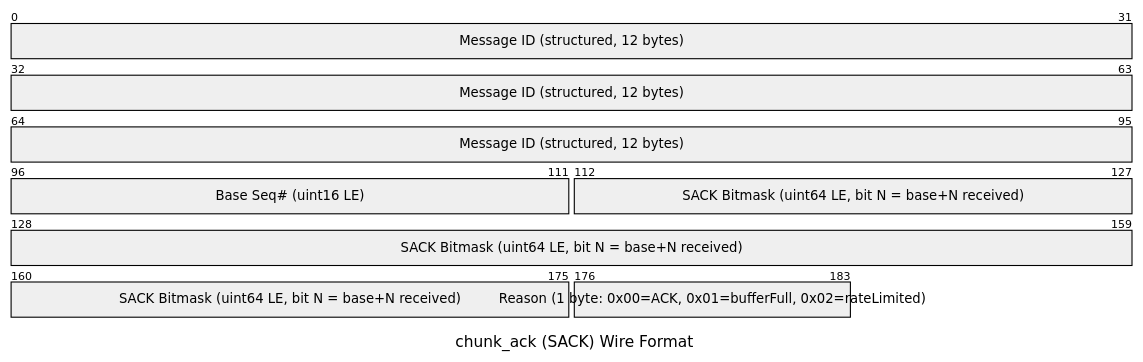
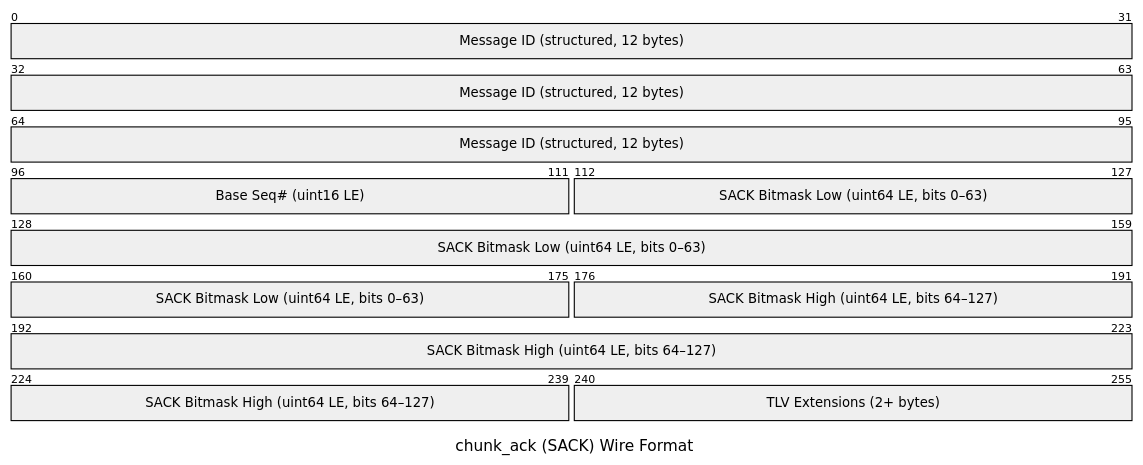
The fifth of 21 diagrams in docs/design.md (trancee/MeshLink), drawn with Mermaid before and after one commit. The commit also changed other lines of this file and 5 other files, not shown here.

````diff
--- a/docs/design.md
+++ b/docs/design.md
@@ -462,10 +463,11 @@
 ```mermaid
 ---
 title: "chunk_ack (SACK) Wire Format"
 ---
 packet-beta
   0-95: "Message ID (structured, 12 bytes)"
   96-111: "Base Seq# (uint16 LE)"
-  112-175: "SACK Bitmask (uint64 LE, bit N = base+N received)"
-  176-183: "Reason (1 byte: 0x00=ACK, 0x01=bufferFull, 0x02=rateLimited)"
+  112-175: "SACK Bitmask Low (uint64 LE, bits 0–63)"
+  176-239: "SACK Bitmask High (uint64 LE, bits 64–127)"
+  240-255: "TLV Extensions (2+ bytes)"
 ```
````
